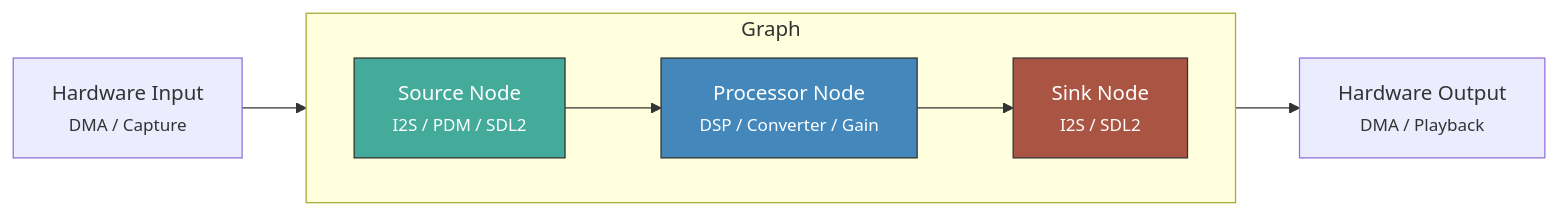
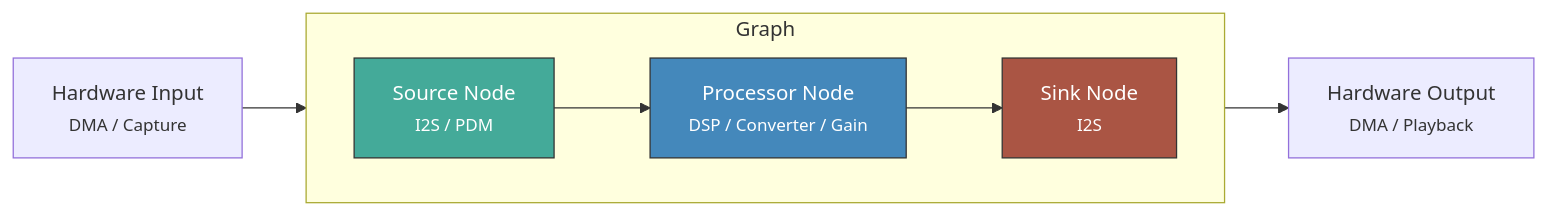
One commit to Varcain/oveRTOS changed the first of 6 diagrams in docs-site/docs/api/audio.md. Above: the diagram before and after it, drawn with Mermaid. The commit also changed other lines of this file and 452 other files, not shown here.

````diff
--- a/docs-site/docs/api/audio.md
+++ b/docs-site/docs/api/audio.md
@@ -7,17 +7,17 @@
 ```mermaid
 graph LR
     subgraph Graph
         direction LR
-        SRC["Source Node<br/><small>I2S / PDM / SDL2</small>"]
+        SRC["Source Node<br/><small>I2S / PDM</small>"]
         PROC["Processor Node<br/><small>DSP / Converter / Gain</small>"]
-        SINK["Sink Node<br/><small>I2S / SDL2</small>"]
+        SINK["Sink Node<br/><small>I2S</small>"]
         SRC --> PROC --> SINK
     end
 
     HW_IN["Hardware Input<br/><small>DMA / Capture</small>"] --> SRC
     SINK --> HW_OUT["Hardware Output<br/><small>DMA / Playback</small>"]
 
     style SRC fill:#4a9,stroke:#333,color:#fff
     style PROC fill:#48b,stroke:#333,color:#fff
     style SINK fill:#a54,stroke:#333,color:#fff
 ```
````
